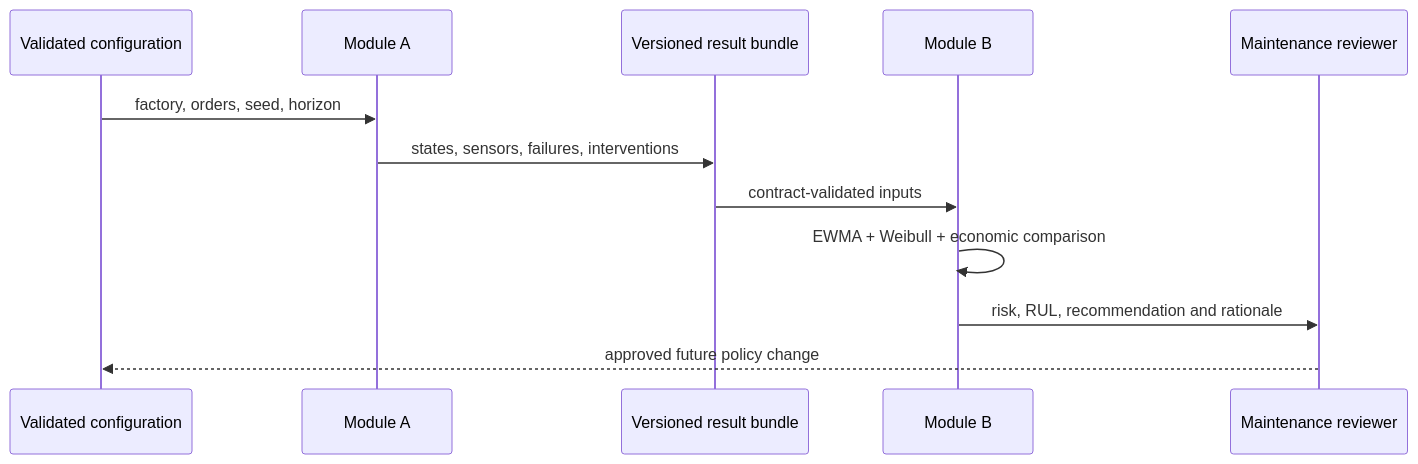
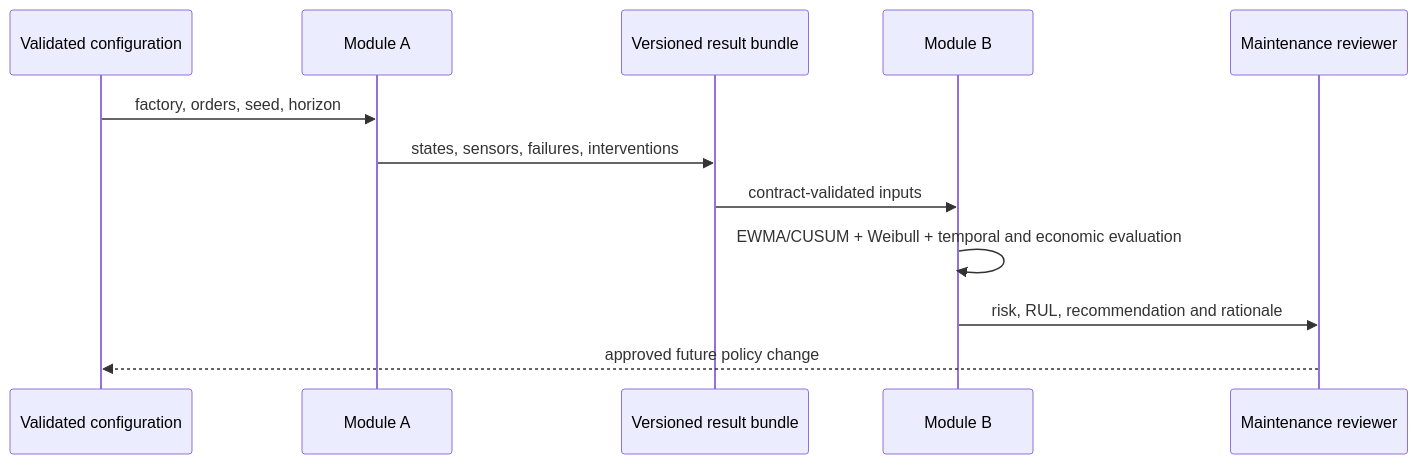
The first of 2 diagrams in docs/modules_a_b.md (Mariusppgn/Digital-Tween-4.0-Industry-), drawn with Mermaid before and after one commit. The commit also changed other lines of this file and 64 other files, not shown here.

````diff
--- a/docs/modules_a_b.md
+++ b/docs/modules_a_b.md
@@ -111,14 +148,14 @@
 ```mermaid
 sequenceDiagram
     participant Config as Validated configuration
     participant A as Module A
     participant Store as Versioned result bundle
     participant B as Module B
     participant Human as Maintenance reviewer
     Config->>A: factory, orders, seed, horizon
     A->>Store: states, sensors, failures, interventions
     Store->>B: contract-validated inputs
-    B->>B: EWMA + Weibull + economic comparison
+    B->>B: EWMA/CUSUM + Weibull + temporal and economic evaluation
     B->>Human: risk, RUL, recommendation and rationale
     Human-->>Config: approved future policy change
 ```
````
